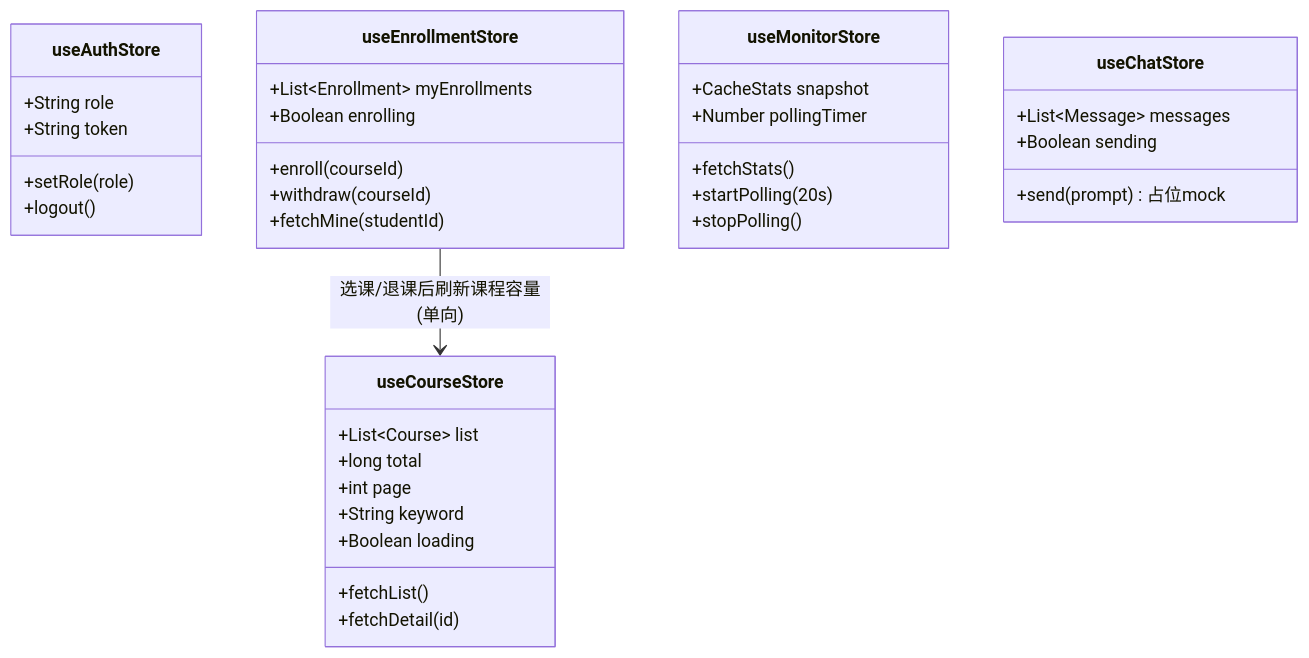
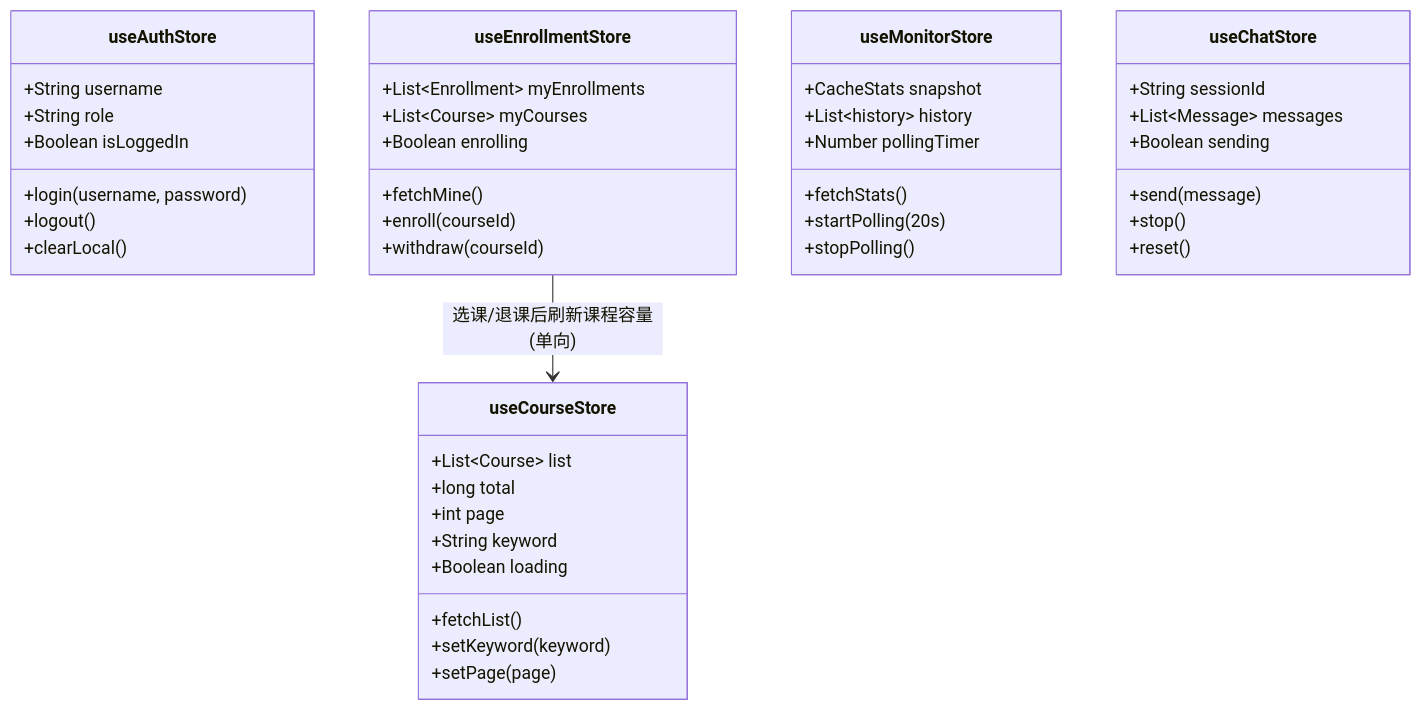
The fifth of 6 diagrams in 开发文档/前端设计.md (ZhanJHE/hercules-platform), drawn with Mermaid before and after one commit. The commit also changed other lines of this file and 20 other files, not shown here.

First line of the commit message:
docs: 文档整改——新增《路线图》逐条标明未完成项、删除《项目讲解.html》并入结构说明、文件名全中文化、六份文档去修辞并修正与实际不符的内容

````diff
--- a/开发文档/前端设计.md
+++ b/开发文档/前端设计.md
@@ -208,38 +211,46 @@
 ```mermaid
 classDiagram
     class useAuthStore {
+        +String username
         +String role
-        +String token
-        +setRole(role)
+        +Boolean isLoggedIn
+        +login(username, password)
         +logout()
+        +clearLocal()
     }
     class useCourseStore {
         +List~Course~ list
         +long total
         +int page
         +String keyword
         +Boolean loading
         +fetchList()
-        +fetchDetail(id)
+        +setKeyword(keyword)
+        +setPage(page)
     }
     class useEnrollmentStore {
         +List~Enrollment~ myEnrollments
+        +List~Course~ myCourses
         +Boolean enrolling
+        +fetchMine()
         +enroll(courseId)
         +withdraw(courseId)
-        +fetchMine(studentId)
     }
     class useMonitorStore {
         +CacheStats snapshot
+        +List~history~ history
         +Number pollingTimer
         +fetchStats()
         +startPolling(20s)
         +stopPolling()
     }
     class useChatStore {
+        +String sessionId
         +List~Message~ messages
         +Boolean sending
-        +send(prompt) 占位mock
+        +send(message)
+        +stop()
+        +reset()
     }
     useEnrollmentStore --> useCourseStore : 选课/退课后刷新课程容量(单向)
 ```
````
